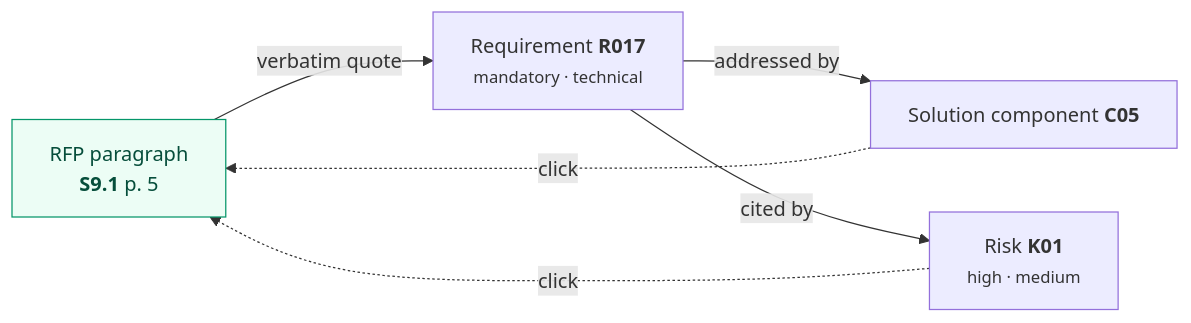
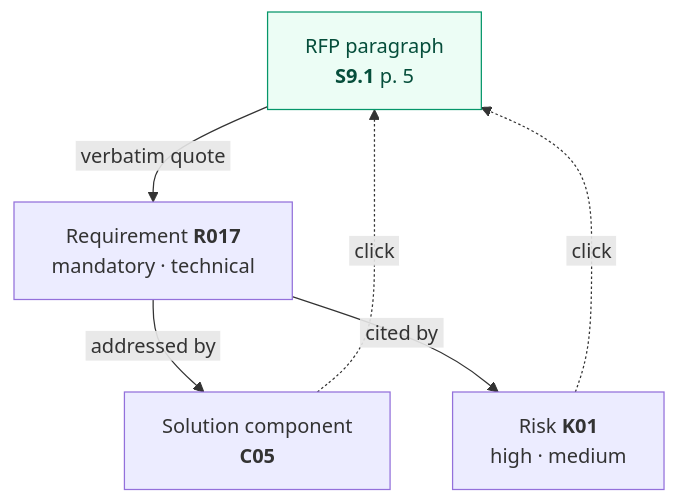
The second of 3 diagrams in README.md (lofeodo/rfp-solution-summary-generator), drawn with Mermaid before and after one commit. The commit also changed other lines of this file, not shown here.

Commit message:
README: legible mermaid diagrams (top-to-bottom, padded edge labels)

````diff
--- a/README.md
+++ b/README.md
@@ -42,10 +42,10 @@
 ```mermaid
-flowchart LR
-    S["RFP paragraph<br/><b>S9.1</b> p. 5"] -- verbatim quote --> R["Requirement <b>R017</b><br/><small>mandatory · technical</small>"]
-    R -- addressed by --> C["Solution component <b>C05</b>"]
-    R -- cited by --> K["Risk <b>K01</b><br/><small>high · medium</small>"]
-    C -. click .-> S
-    K -. click .-> S
+flowchart TB
+    S["RFP paragraph<br/><b>S9.1</b> p. 5"] -- "&nbsp;verbatim quote&nbsp;" --> R["Requirement <b>R017</b><br/>mandatory · technical"]
+    R -- "&nbsp;addressed by&nbsp;" --> C["Solution component<br/><b>C05</b>"]
+    R -- "&nbsp;cited by&nbsp;" --> K["Risk <b>K01</b><br/>high · medium"]
+    C -. "&nbsp;click&nbsp;" .-> S
+    K -. "&nbsp;click&nbsp;" .-> S
     classDef src fill:#ecfdf5,stroke:#059669,color:#064e3b
     class S src
 ```
````
